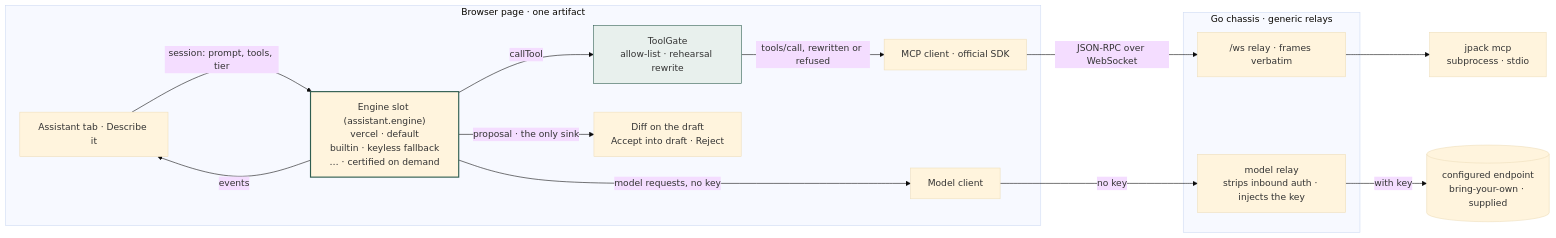
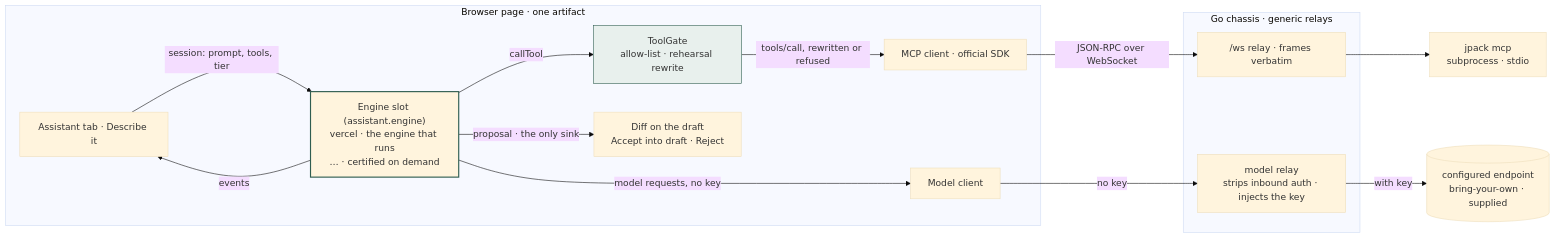
One commit to Judgment-Pack/judgment-pack-desk changed the diagram in docs/adr/0001-make-the-assistant-engine-a-slot.md. Above: the diagram before and after it, drawn with Mermaid (base theme). The commit also changed other lines of this file and 56 other files, not shown here.

First line of the commit message:
Admin › Assistant, in plain words: one engine, a provider first, and a model list (#52)

````diff
--- a/docs/adr/0001-make-the-assistant-engine-a-slot.md
+++ b/docs/adr/0001-make-the-assistant-engine-a-slot.md
@@ -95,29 +96,29 @@
 ```mermaid
 flowchart LR
   subgraph page["Browser page · one artifact"]
     UI["Assistant tab · Describe it"]
-    ENG["Engine slot (assistant.engine)<br/>vercel · default<br/>builtin · keyless fallback<br/>… · certified on demand"]
+    ENG["Engine slot (assistant.engine)<br/>vercel · the engine that runs<br/>… · certified on demand"]
     GATE["ToolGate<br/>allow-list · rehearsal rewrite"]
     MCP["MCP client · official SDK"]
     MODEL["Model client"]
     DIFF["Diff on the draft<br/>Accept into draft · Reject"]
     UI -- "session: prompt, tools, tier" --> ENG
     ENG -- "events" --> UI
     ENG -- "callTool" --> GATE
     GATE -- "tools/call, rewritten or refused" --> MCP
     ENG -- "model requests, no key" --> MODEL
     ENG -- "proposal · the only sink" --> DIFF
   end
   subgraph chassis["Go chassis · generic relays"]
     WS["/ws relay · frames verbatim"]
     MR["model relay<br/>strips inbound auth · injects the key"]
   end
   JP["jpack mcp<br/>subprocess · stdio"]
   EP[("configured endpoint<br/>bring-your-own · supplied")]
   MCP -- "JSON-RPC over WebSocket" --> WS
   WS --> JP
   MODEL -- "no key" --> MR
   MR -- "with key" --> EP
   style ENG stroke:#2f5d50,stroke-width:2px
   style GATE fill:#e8f0ed,stroke:#2f5d50
 ```
````
